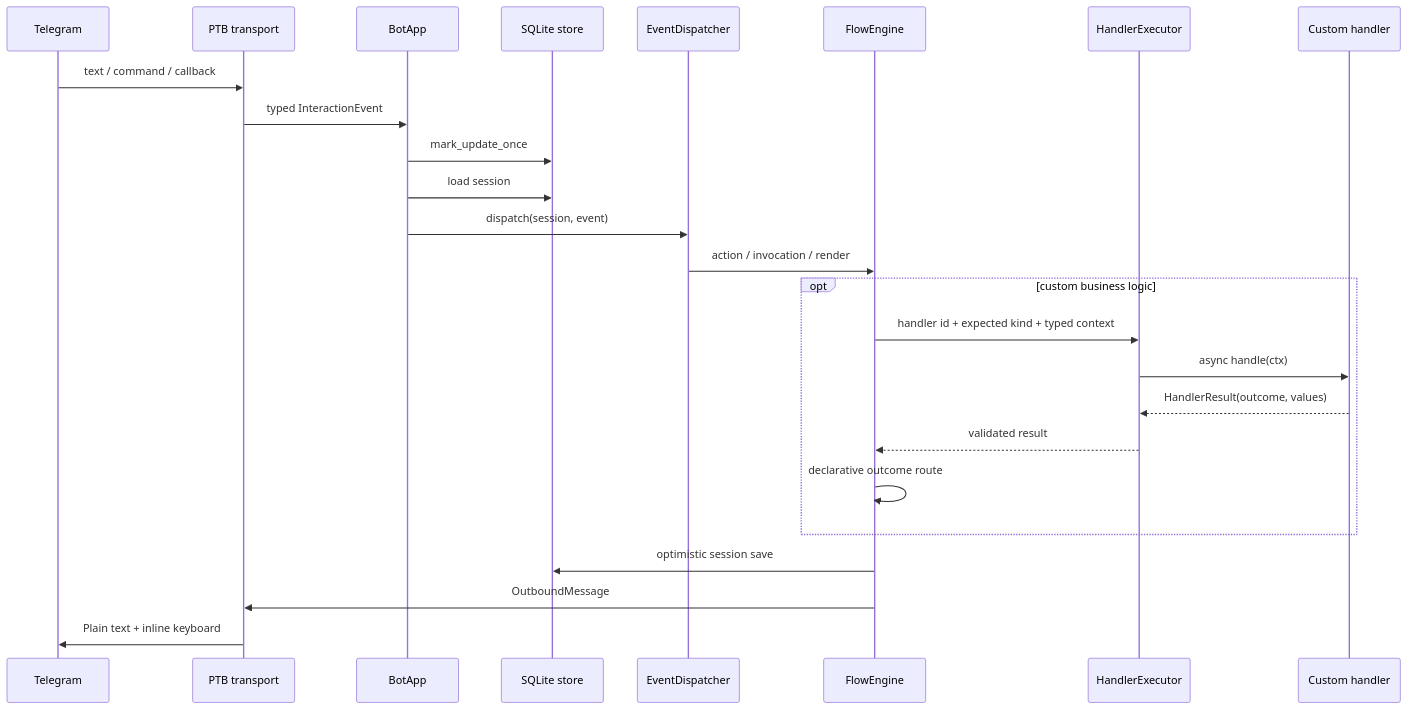
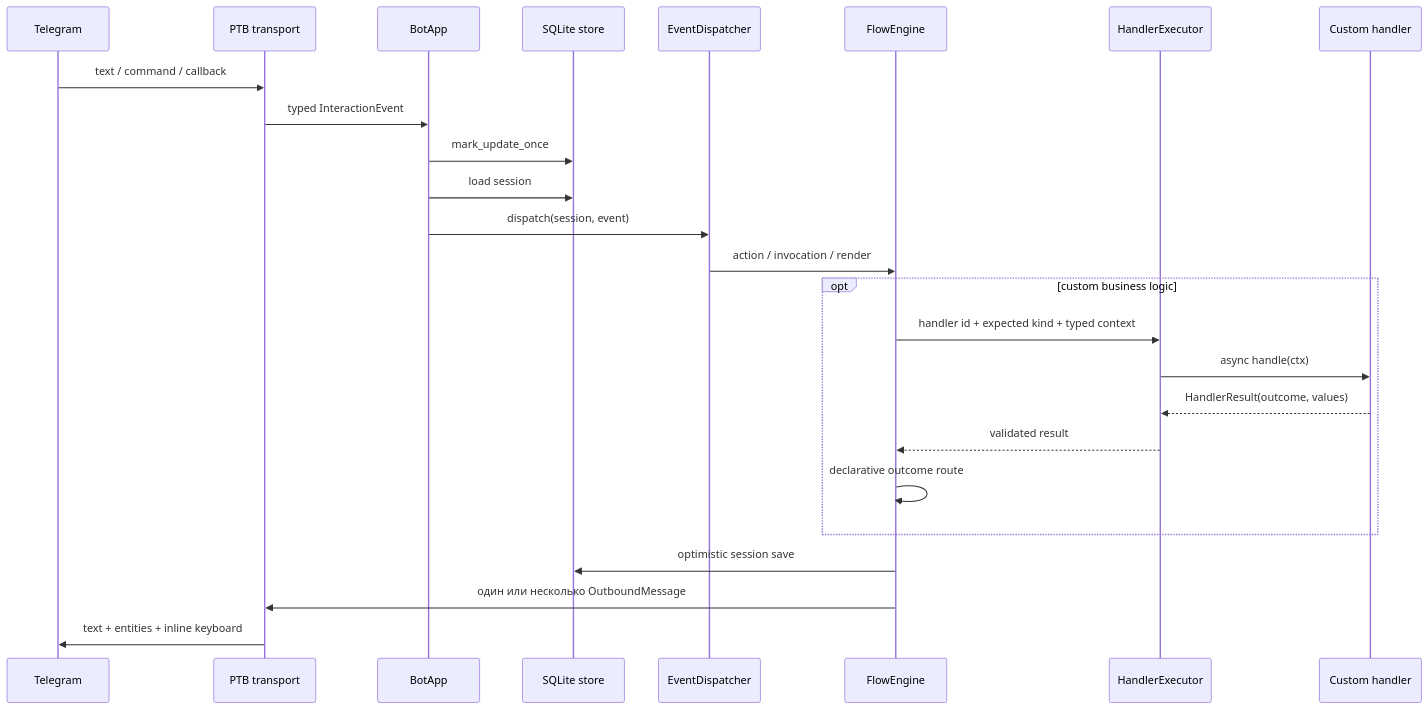
Before and after one commit to SnailCap/TG_bots: the third of 3 diagrams in docs/architecture/overview.md, drawn with Mermaid. The commit also changed other lines of this file and 88 other files, not shown here.

````diff
--- a/docs/architecture/overview.md
+++ b/docs/architecture/overview.md
@@ -96,28 +97,28 @@
 ```mermaid
 sequenceDiagram
     participant TG as Telegram
     participant T as PTB transport
     participant A as BotApp
     participant S as SQLite store
     participant D as EventDispatcher
     participant E as FlowEngine
     participant H as HandlerExecutor
     participant C as Custom handler
 
     TG->>T: text / command / callback
     T->>A: typed InteractionEvent
     A->>S: mark_update_once
     A->>S: load session
     A->>D: dispatch(session, event)
     D->>E: action / invocation / render
     opt custom business logic
         E->>H: handler id + expected kind + typed context
         H->>C: async handle(ctx)
         C-->>H: HandlerResult(outcome, values)
         H-->>E: validated result
         E->>E: declarative outcome route
     end
     E->>S: optimistic session save
-    E->>T: OutboundMessage
-    T->>TG: Plain text + inline keyboard
+    E->>T: один или несколько OutboundMessage
+    T->>TG: text + entities + inline keyboard
 ```
````
